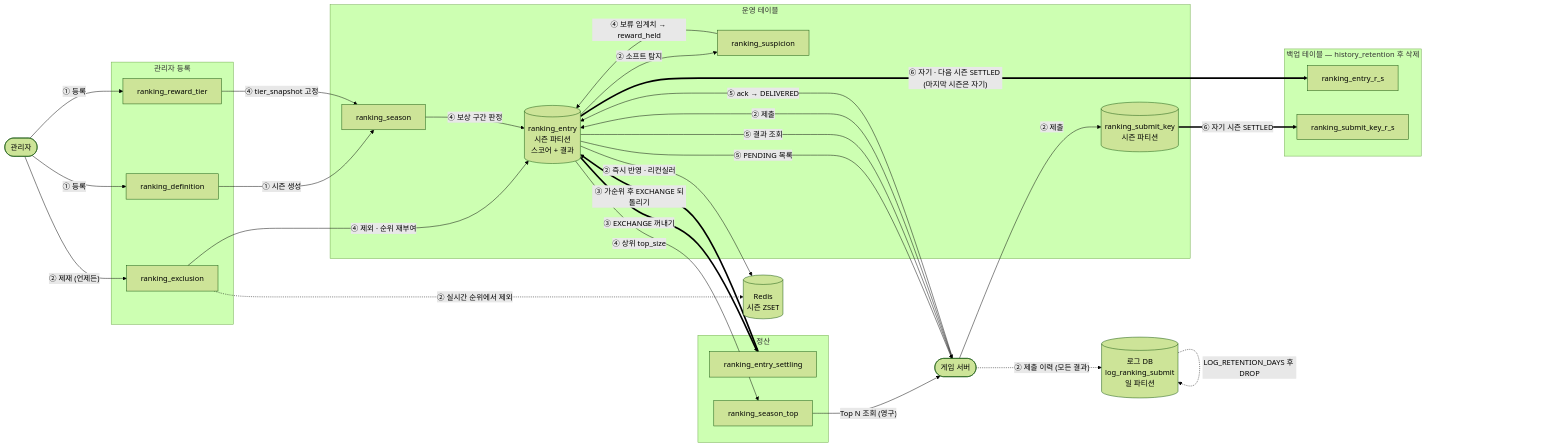
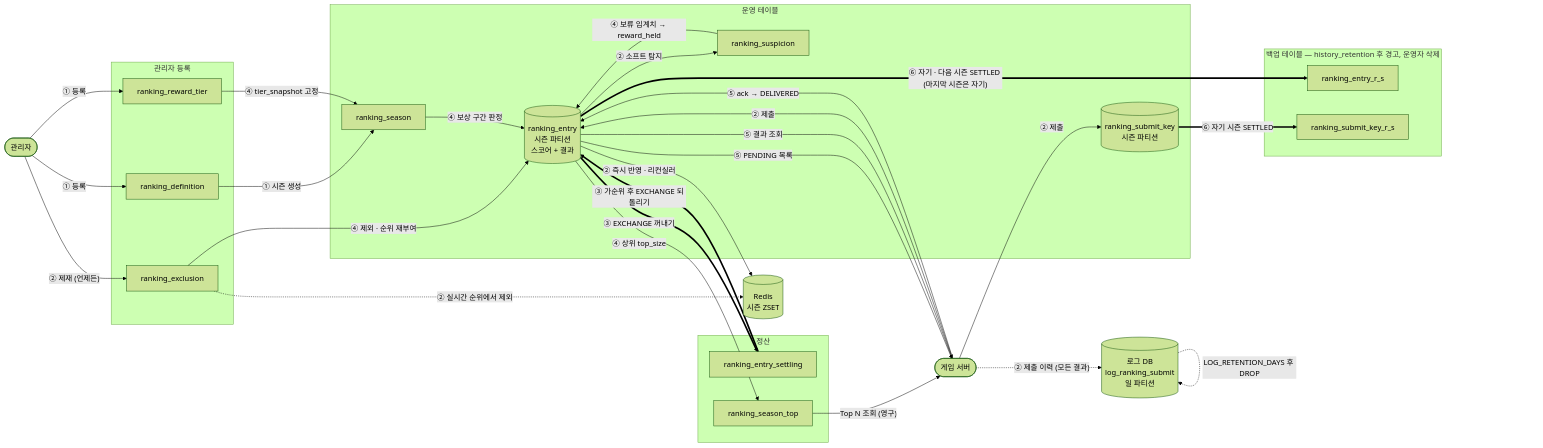
The fifth of 6 diagrams in docs/04_SCHEMA.md (trisakion0500/podium-de), drawn with Mermaid (forest theme) before and after one commit. The commit also changed other lines of this file and 1 other file, not shown here.

Commit message:
5단계 사전 결정: 로그 월 테이블 12개월 후 삭제, 시즌 백업은 경고만, 감시 기준

````diff
--- a/docs/04_SCHEMA.md
+++ b/docs/04_SCHEMA.md
@@ -247,54 +247,54 @@
 ```mermaid
 flowchart LR
     GM([관리자])
     GS([게임 서버])
 
     subgraph ADMIN[관리자 등록]
         DEF[ranking_definition]
         TIER[ranking_reward_tier]
         EXC[ranking_exclusion]
     end
 
     subgraph LIVE[운영 테이블]
         SEA[ranking_season]
         KEY[("ranking_submit_key<br/>시즌 파티션")]
         ENT[("ranking_entry<br/>시즌 파티션<br/>스코어 + 결과")]
         SUS[ranking_suspicion]
     end
 
     RD[("Redis<br/>시즌 ZSET")]
     SLOG[("로그 DB<br/>log_ranking_submit<br/>일 파티션")]
 
     subgraph RESULT[정산]
         STL[ranking_entry_settling]
         HALL[ranking_season_top]
     end
 
-    subgraph BACKUP[백업 테이블 — history_retention 후 삭제]
+    subgraph BACKUP[백업 테이블 — history_retention 후 경고, 운영자 삭제]
         EB[ranking_entry_r_s]
         KB[ranking_submit_key_r_s]
     end
 
     GM -- "① 등록" --> DEF & TIER
     DEF -- "① 시즌 생성" --> SEA
     GS -- "② 제출" --> KEY & ENT
     GS -. "② 제출 이력 (모든 결과)" .-> SLOG
     SLOG -. "LOG_RETENTION_DAYS 후 DROP" .-> SLOG
     ENT -- "② 즉시 반영 · 리컨실러" --> RD
     ENT -- "② 소프트 탐지" --> SUS
     GM -- "② 제재 (언제든)" --> EXC
     EXC -. "② 실시간 순위에서 제외" .-> RD
     ENT == "③ EXCHANGE 꺼내기" ==> STL
     STL == "③ 가순위 후 EXCHANGE 되돌리기" ==> ENT
     TIER -- "④ tier_snapshot 고정" --> SEA
     EXC -- "④ 제외 · 순위 재부여" --> ENT
     SEA -- "④ 보상 구간 판정" --> ENT
     SUS -- "④ 보류 임계치 → reward_held" --> ENT
     ENT -- "④ 상위 top_size" --> HALL
     ENT -- "⑤ PENDING 목록" --> GS
     GS -- "⑤ ack → DELIVERED" --> ENT
     ENT -- "⑤ 결과 조회" --> GS
     HALL -- "Top N 조회 (영구)" --> GS
     KEY == "⑥ 자기 시즌 SETTLED" ==> KB
     ENT == "⑥ 자기 · 다음 시즌 SETTLED (마지막 시즌은 자기)" ==> EB
 ```
````
